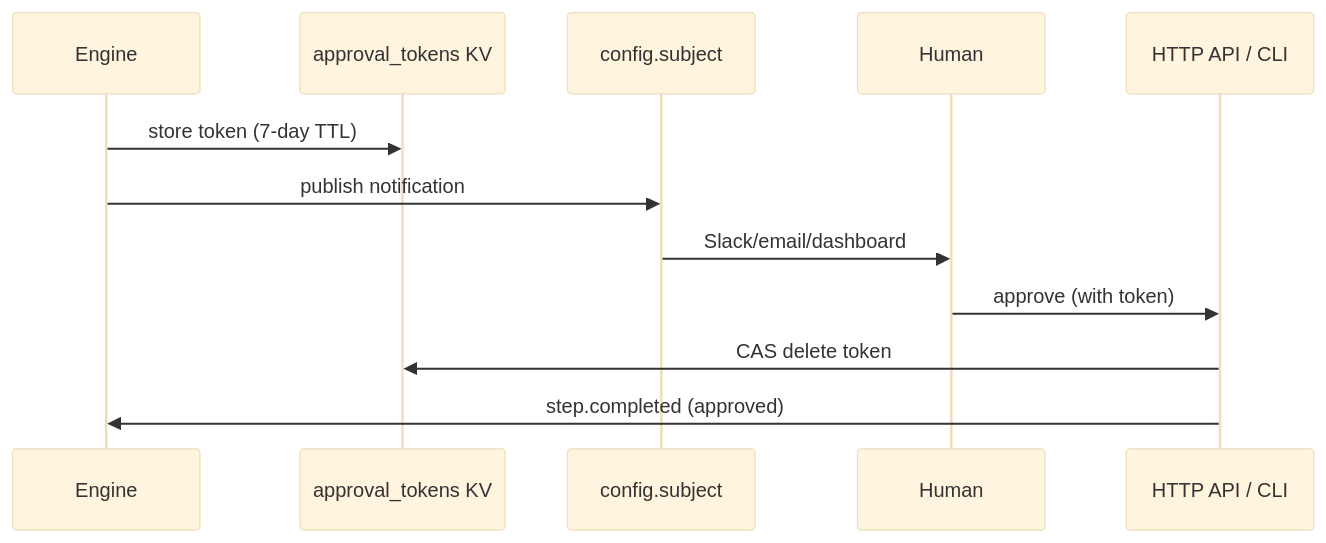
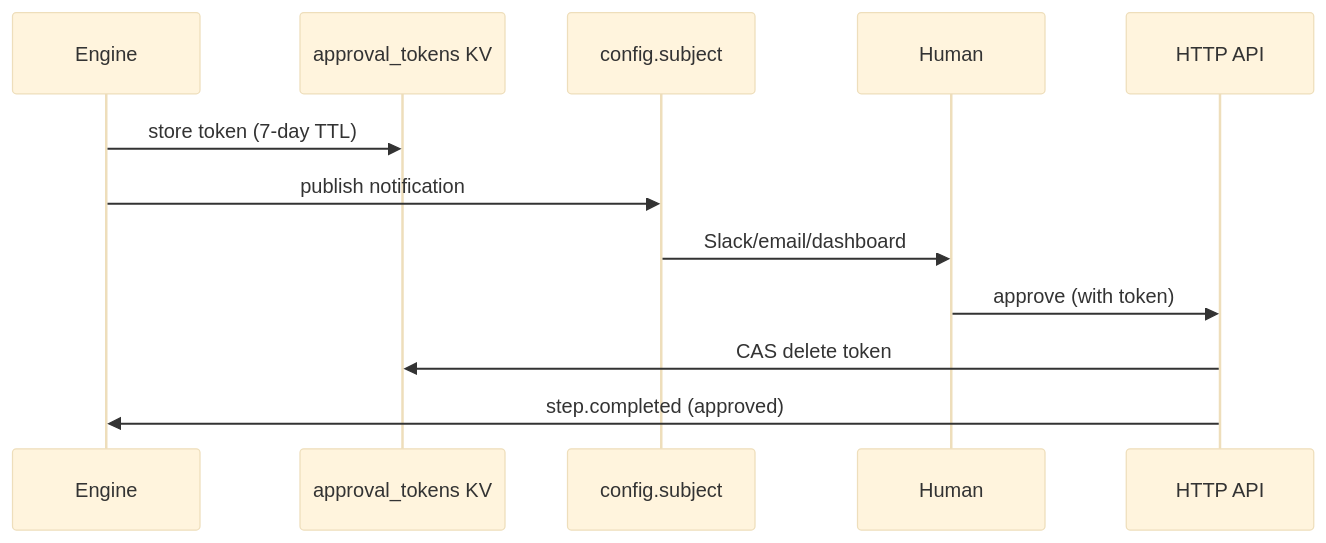
Before and after one commit to danmestas/dagnats: the diagram in docs/site/content/docs/step-types/approval-gates.md, drawn with Mermaid (base theme). The commit also changed 30 other files, not shown here.

````diff
--- a/docs/site/content/docs/step-types/approval-gates.md
+++ b/docs/site/content/docs/step-types/approval-gates.md
@@ -18,15 +18,15 @@
 ```mermaid
 sequenceDiagram
     participant Engine
     participant KV as approval_tokens KV
     participant NATS as config.subject
     participant Human
-    participant API as HTTP API / CLI
+    participant API as HTTP API
 
     Engine->>KV: store token (7-day TTL)
     Engine->>NATS: publish notification
     NATS->>Human: Slack/email/dashboard
     Human->>API: approve (with token)
     API->>KV: CAS delete token
     API->>Engine: step.completed (approved)
 ```
````
